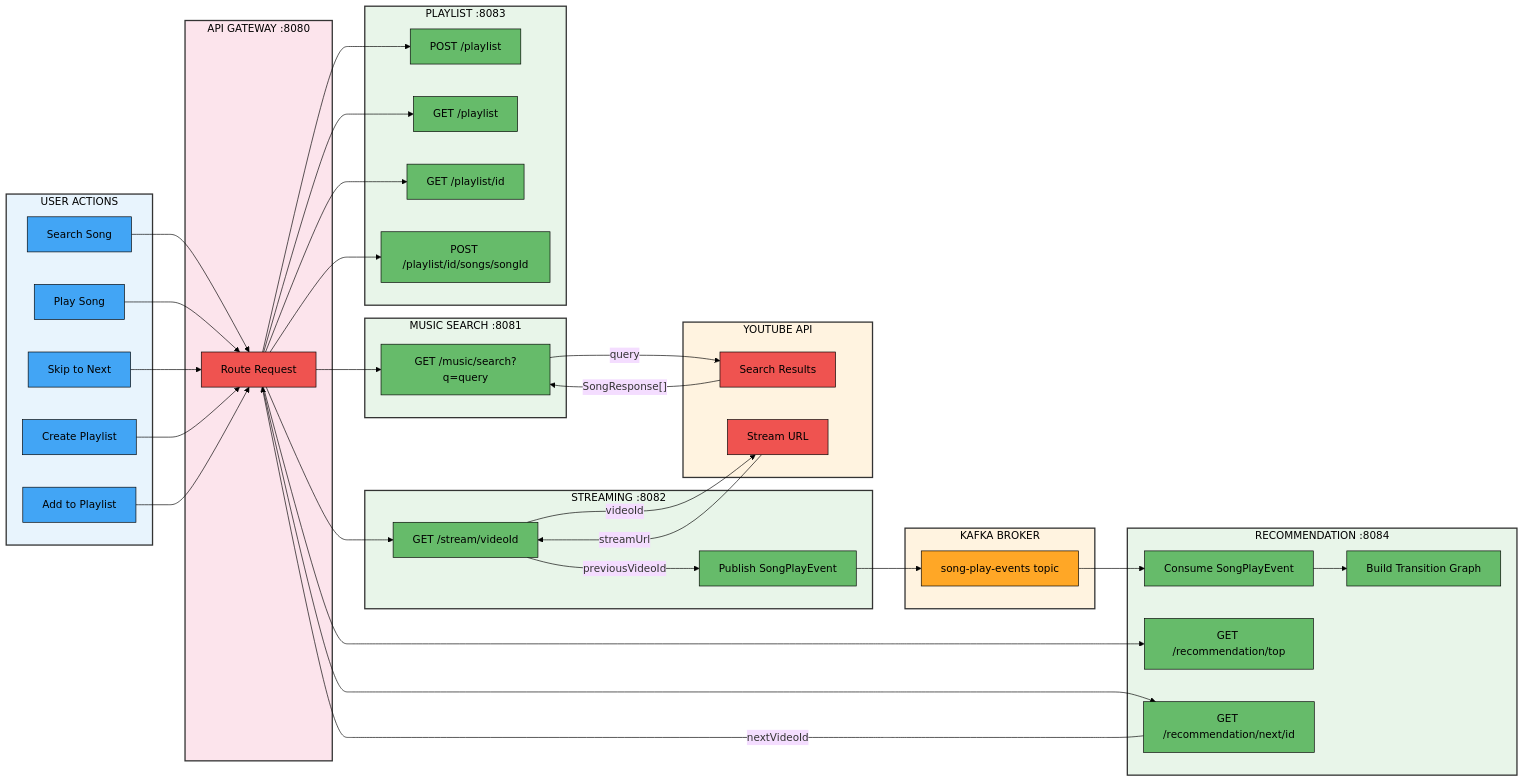
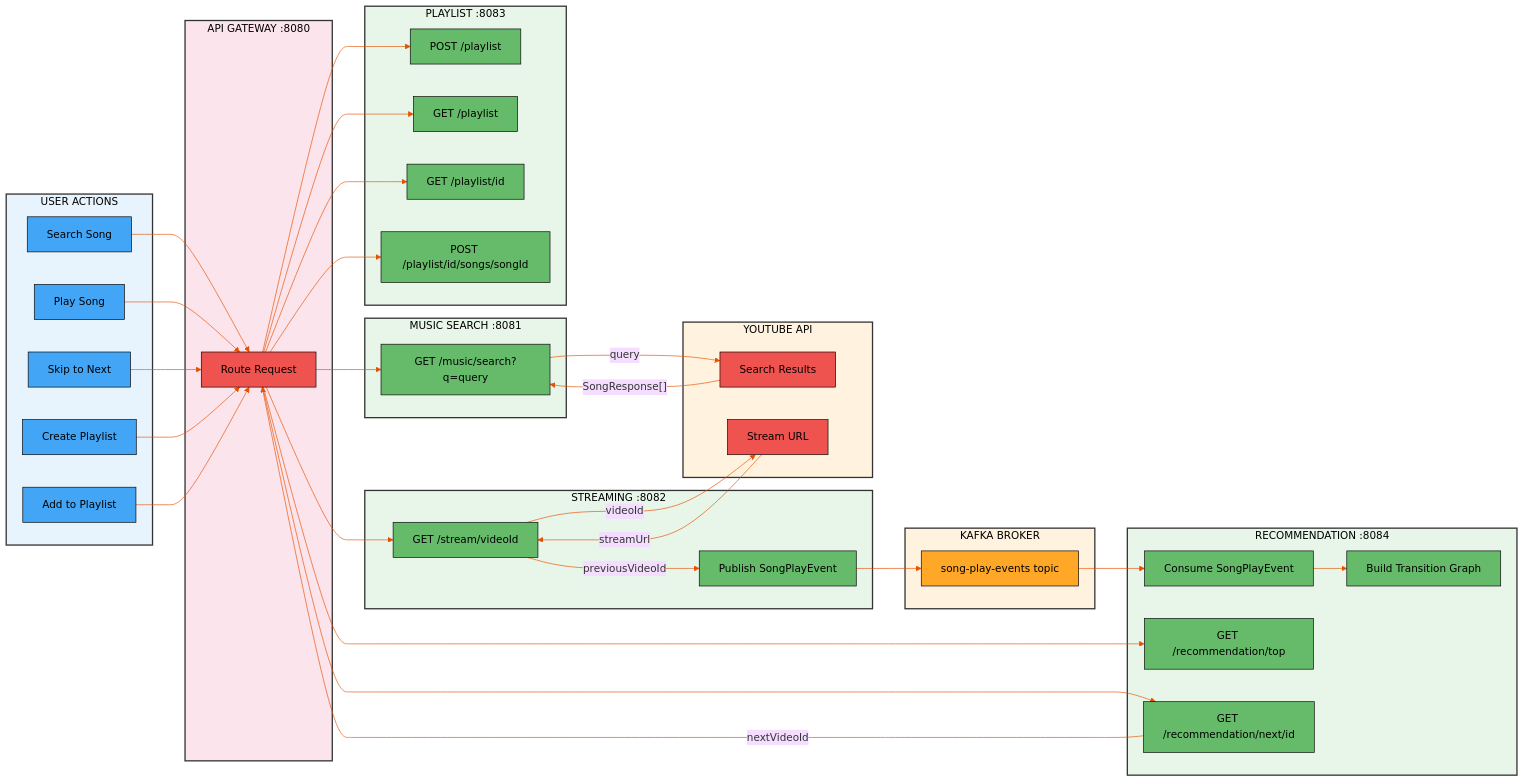
The second of 2 diagrams in README.md (Ankit-Jaipuriar/Harmony-Music-Streaming-Platform), drawn with Mermaid before and after one commit. The commit also changed other lines of this file, not shown here.

````diff
--- a/README.md
+++ b/README.md
@@ -133,5 +133,5 @@
 ```mermaid
-%%{init: {'theme': 'base', 'themeVariables': {'lineColor': '#000000', 'textColor': '#000000', 'primaryBorderColor': '#000000', 'background': '#ffffff', 'mainBkg': '#ffffff', 'nodeBorder': '#000000'}}}%%
+%%{init: {'theme': 'base', 'themeVariables': {'lineColor': '#e65100', 'textColor': '#000000', 'primaryBorderColor': '#000000', 'background': '#ffffff', 'mainBkg': '#ffffff', 'nodeBorder': '#000000'}}}%%
 flowchart LR
     subgraph USER["USER ACTIONS"]
         U1["Search Song"]
````
